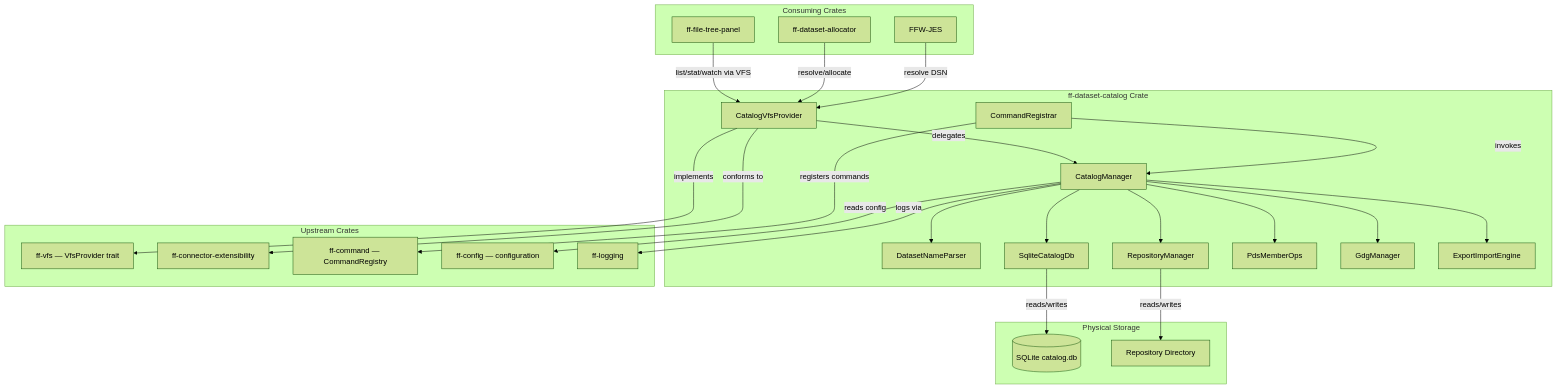
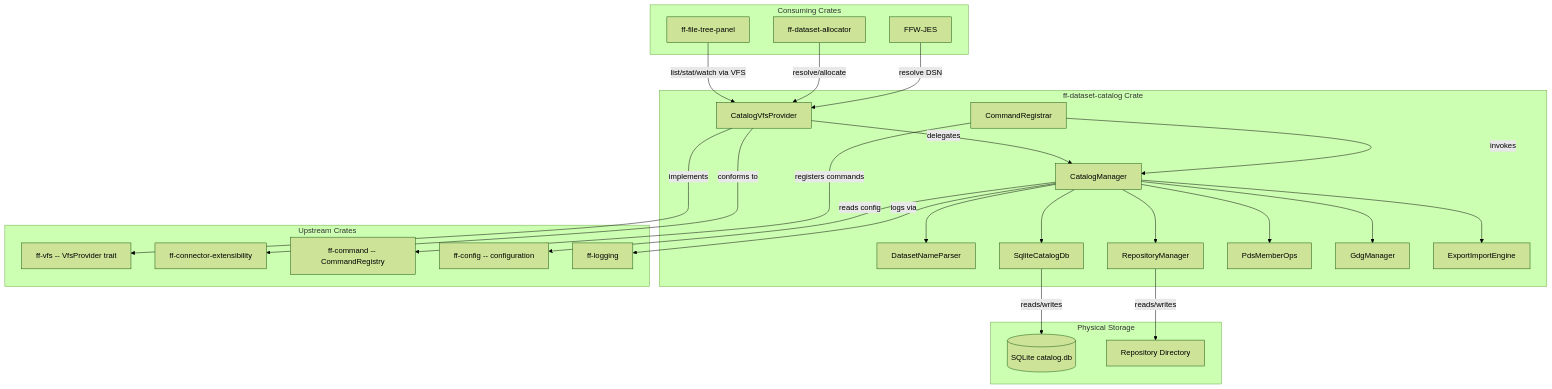
Before and after one commit to AlanWynne/FileForgeWorkbench: the diagram in docs/specs/dataset-catalog/design.md, drawn with Mermaid (forest theme). The commit also changed other lines of this file and 232 other files, not shown here.

````diff
--- a/docs/specs/dataset-catalog/design.md
+++ b/docs/specs/dataset-catalog/design.md
@@ -75,55 +75,55 @@
 ```mermaid
 graph TD
     subgraph Consumers [Consuming Crates]
         TREE[ff-file-tree-panel]
         ALLOC[ff-dataset-allocator]
         JES[FFW-JES]
     end
 
     subgraph ff-dataset-catalog [ff-dataset-catalog Crate]
         PROVIDER[CatalogVfsProvider]
         CATALOG[CatalogManager]
         DSN[DatasetNameParser]
         REPO[RepositoryManager]
         SQLITE[SqliteCatalogDb]
         PDS_OPS[PdsMemberOps]
         GDG_OPS[GdgManager]
         CMD[CommandRegistrar]
         EXPORT[ExportImportEngine]
     end
 
     subgraph Upstream [Upstream Crates]
-        VFS[ff-vfs — VfsProvider trait]
+        VFS[ff-vfs -- VfsProvider trait]
         CONN[ff-connector-extensibility]
-        COMMAND[ff-command — CommandRegistry]
-        CONFIG[ff-config — configuration]
+        COMMAND[ff-command -- CommandRegistry]
+        CONFIG[ff-config -- configuration]
         LOG[ff-logging]
     end
 
     subgraph Storage [Physical Storage]
         DB[(SQLite catalog.db)]
         FS[Repository Directory]
     end
 
     TREE -->|list/stat/watch via VFS| PROVIDER
     ALLOC -->|resolve/allocate| PROVIDER
     JES -->|resolve DSN| PROVIDER
 
     PROVIDER -->|delegates| CATALOG
     CATALOG --> DSN
     CATALOG --> REPO
     CATALOG --> SQLITE
     CATALOG --> PDS_OPS
     CATALOG --> GDG_OPS
     CATALOG --> EXPORT
     CMD -->|registers commands| COMMAND
     CMD -->|invokes| CATALOG
 
     PROVIDER -->|implements| VFS
     PROVIDER -->|conforms to| CONN
     CATALOG -->|reads config| CONFIG
     CATALOG -->|logs via| LOG
 
     SQLITE -->|reads/writes| DB
     REPO -->|reads/writes| FS
 ```
````
